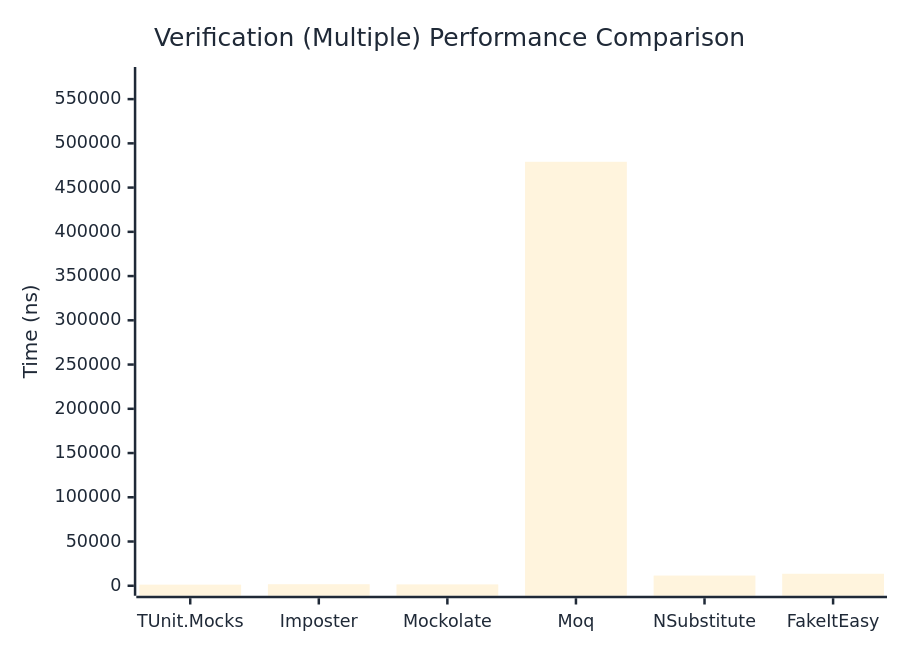
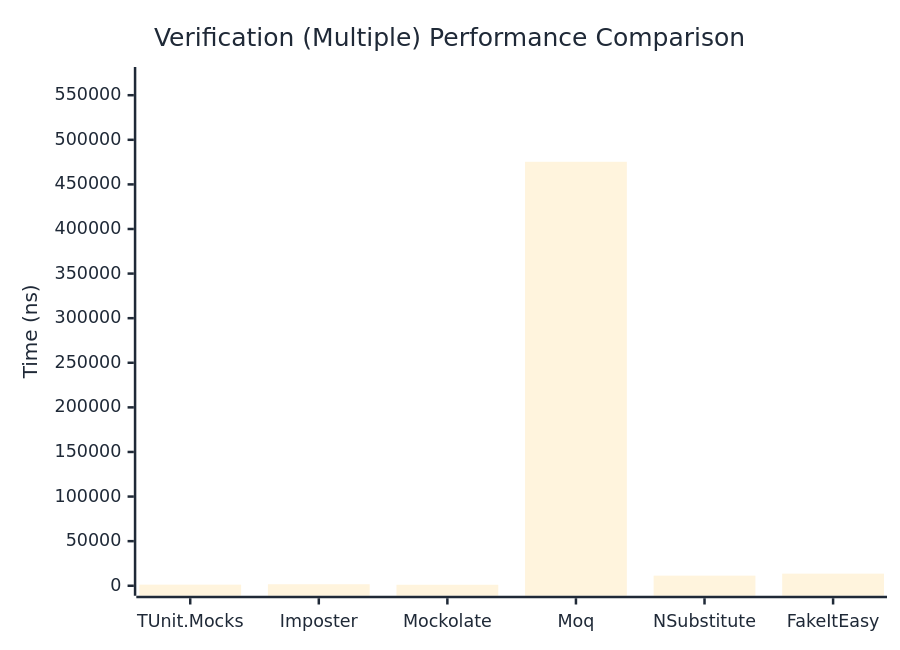
Before and after one commit to thomhurst/TUnit: the third of 3 diagrams in docs/docs/benchmarks/mocks/Verification.md, drawn with Mermaid. The commit also changed other lines of this file and 14 other files, not shown here.

````diff
--- a/docs/docs/benchmarks/mocks/Verification.md
+++ b/docs/docs/benchmarks/mocks/Verification.md
@@ -112,27 +112,27 @@
 ```mermaid
 %%{init: {
   'theme':'base',
   'themeVariables': {
     'primaryColor': '#2563eb',
     'primaryTextColor': '#1f2937',
     'primaryBorderColor': '#1e40af',
     'lineColor': '#6b7280',
     'secondaryColor': '#7c3aed',
     'tertiaryColor': '#dc2626',
     'background': '#ffffff',
     'pie1': '#2563eb',
     'pie2': '#7c3aed',
     'pie3': '#dc2626',
     'pie4': '#f59e0b',
     'pie5': '#10b981',
     'pie6': '#06b6d4',
     'pie7': '#ec4899',
     'pie8': '#6366f1'
   }
 }}%%
 xychart-beta
   title "Verification (Multiple) Performance Comparison"
   x-axis ["TUnit.Mocks", "Imposter", "Mockolate", "Moq", "NSubstitute", "FakeItEasy"]
-  y-axis "Time (ns)" 0 --> 574995
-  bar [1241.97, 1724.92, 1544.03, 479162.3, 11506.85, 13543.39]
+  y-axis "Time (ns)" 0 --> 570411
+  bar [1241.45, 1683.36, 1106.67, 475341.88, 11324.97, 13568.19]
 ```
````
